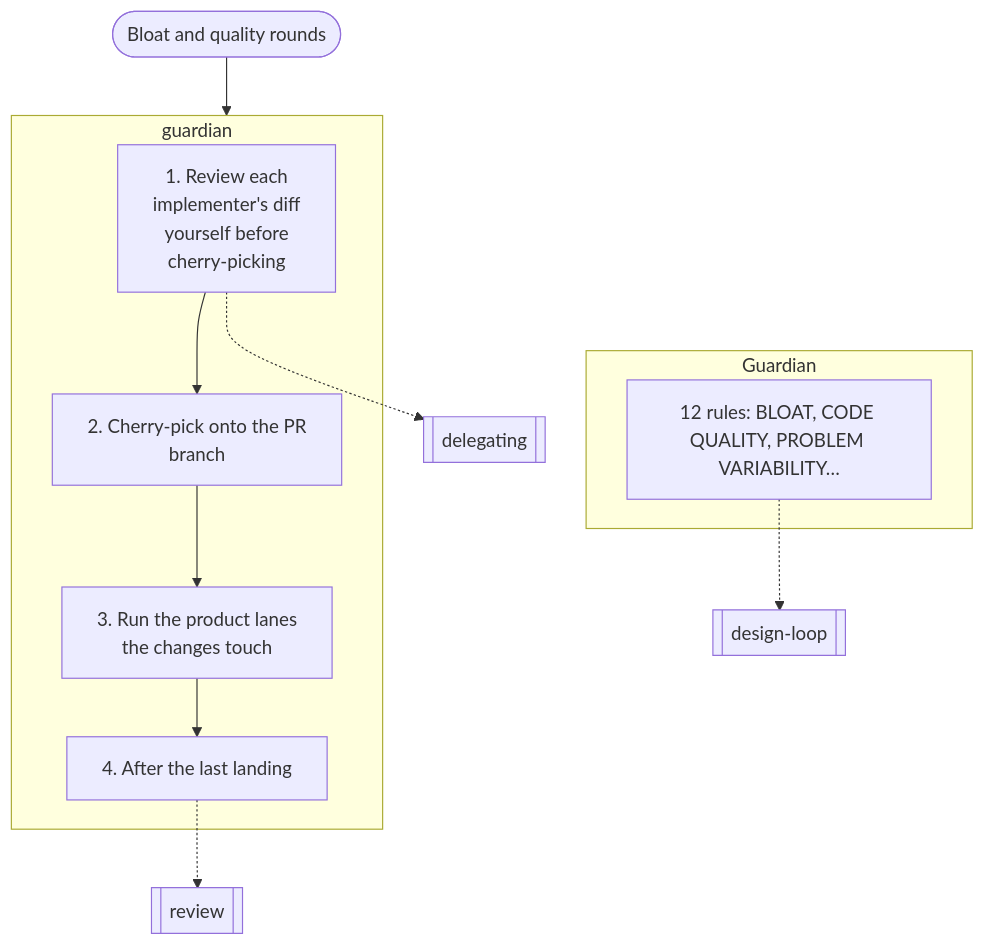
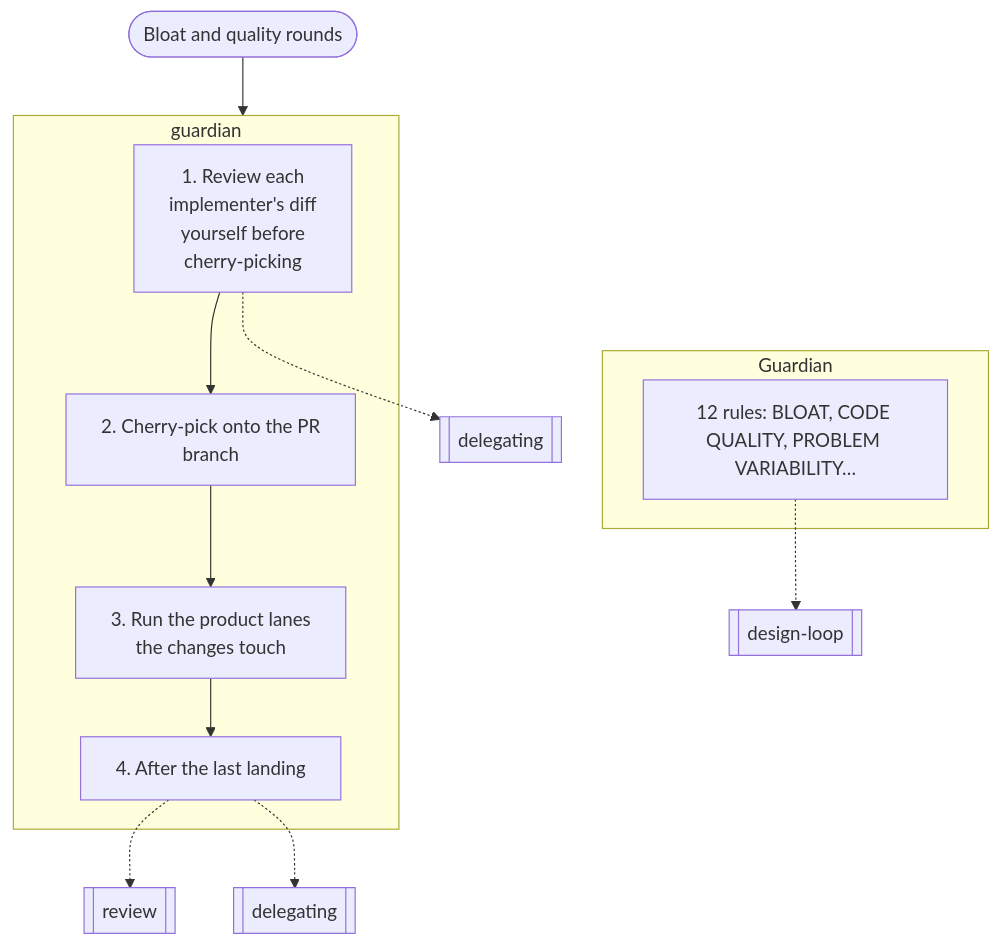
One commit to nitedani/mergeworthy changed the ninth of 14 diagrams in docs/graphs.md. Above: the diagram before and after it, drawn with Mermaid. The commit also changed 3 other files, not shown here.

````diff
--- a/docs/graphs.md
+++ b/docs/graphs.md
@@ -259,21 +259,22 @@
 ```mermaid
 flowchart TB
   start(["Bloat and quality rounds"])
   subgraph g0["guardian"]
     s0["1. Review each<br/>implementer's diff<br/>yourself before<br/>cherry-picking"]
     s1["2. Cherry-pick onto the PR<br/>branch"]
     s0 --> s1
     s2["3. Run the product lanes<br/>the changes touch"]
     s1 --> s2
     s3["4. After the last landing"]
     s2 --> s3
   end
   s0 -.-> r1[["delegating"]]
   s3 -.-> r2[["review"]]
+  s3 -.-> r3[["delegating"]]
   subgraph g1["Guardian"]
     s4["12 rules: BLOAT, CODE QUALITY, PROBLEM VARIABILITY…"]
   end
-  s4 -.-> r3[["design-loop"]]
+  s4 -.-> r4[["design-loop"]]
   start --> g0
   g0 ~~~ g1
 ```
````
